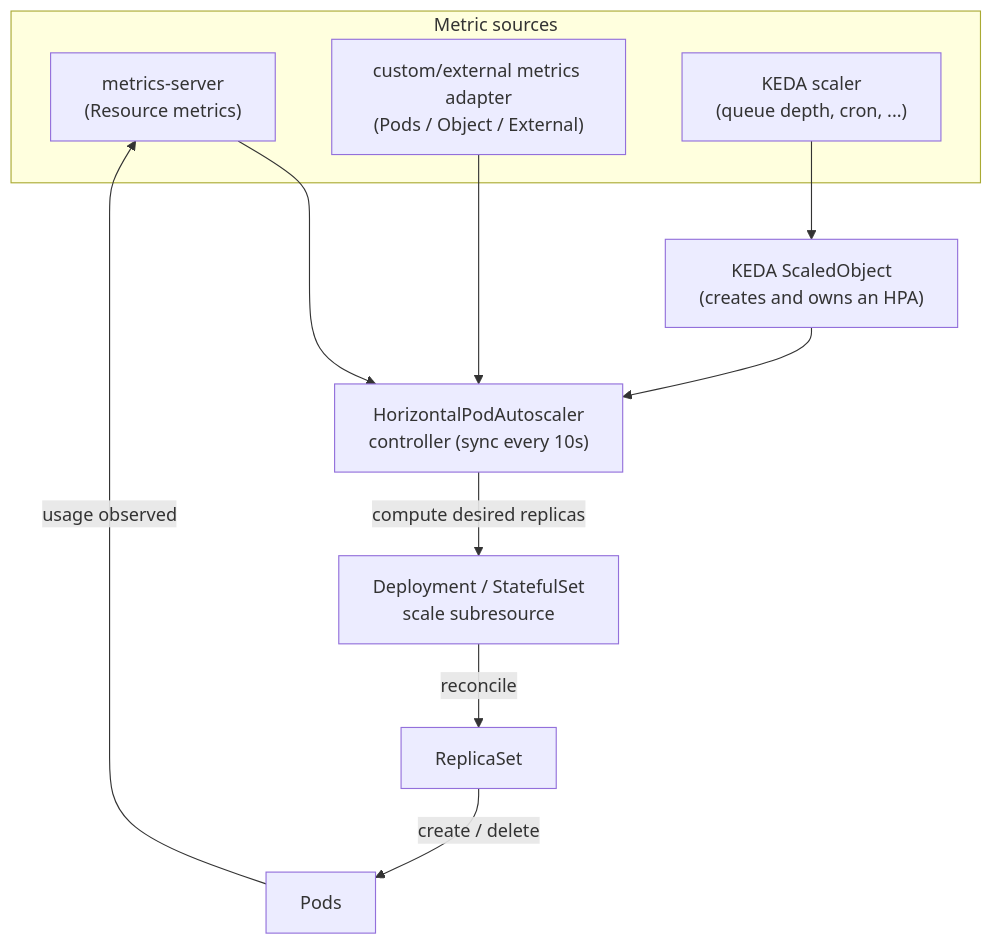
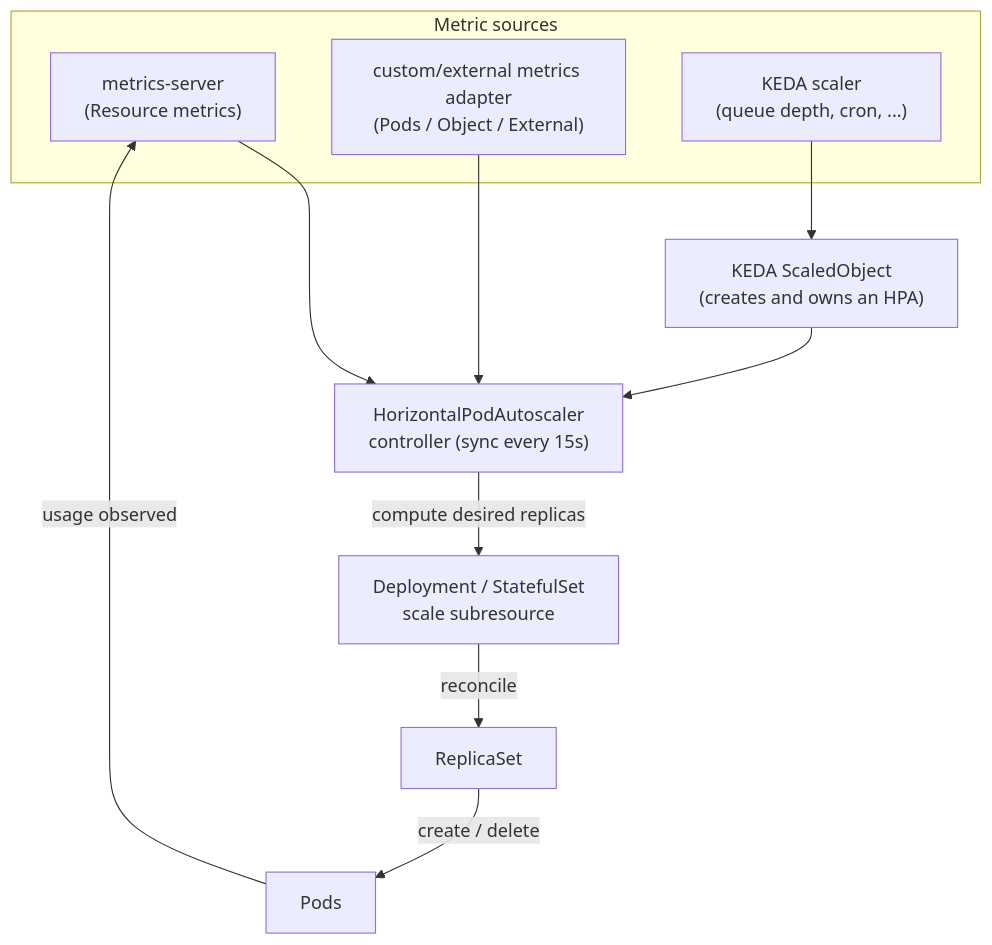
One commit to albertoirurueta/docs changed the diagram in modules/ROOT/pages/backend/kubernetes/autoscaling.adoc. Above: the diagram before and after it, drawn with Mermaid. The commit also changed other lines of this file and 31 other files, not shown here.

```diff
--- a/modules/ROOT/pages/backend/kubernetes/autoscaling.adoc
+++ b/modules/ROOT/pages/backend/kubernetes/autoscaling.adoc
@@ -494,23 +509,23 @@
 [mermaid]
 ....
 flowchart TB
   subgraph Metrics["Metric sources"]
     RES["metrics-server\n(Resource metrics)"]
     ADAPTER["custom/external metrics adapter\n(Pods / Object / External)"]
     KEDAM["KEDA scaler\n(queue depth, cron, ...)"]
   end
-  HPA["HorizontalPodAutoscaler\ncontroller (sync every 10s)"]
+  HPA["HorizontalPodAutoscaler\ncontroller (sync every 15s)"]
   KSO["KEDA ScaledObject\n(creates and owns an HPA)"]
   TARGET["Deployment / StatefulSet\nscale subresource"]
   RS["ReplicaSet"]
   PODS["Pods"]
 
   RES --> HPA
   ADAPTER --> HPA
   KEDAM --> KSO
   KSO --> HPA
   HPA -->|"compute desired replicas"| TARGET
   TARGET -->|"reconcile"| RS
   RS -->|"create / delete"| PODS
   PODS -->|"usage observed"| RES
 ....
```
